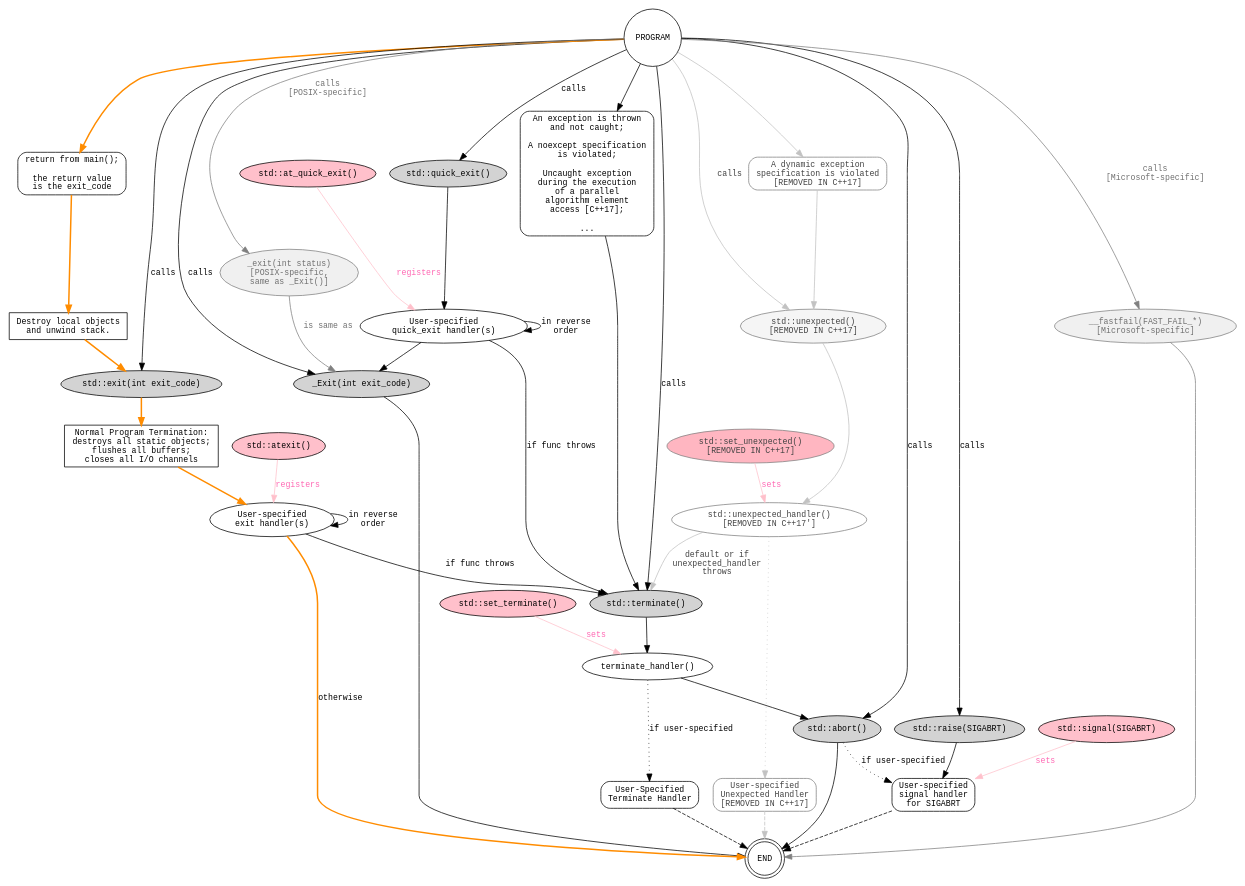
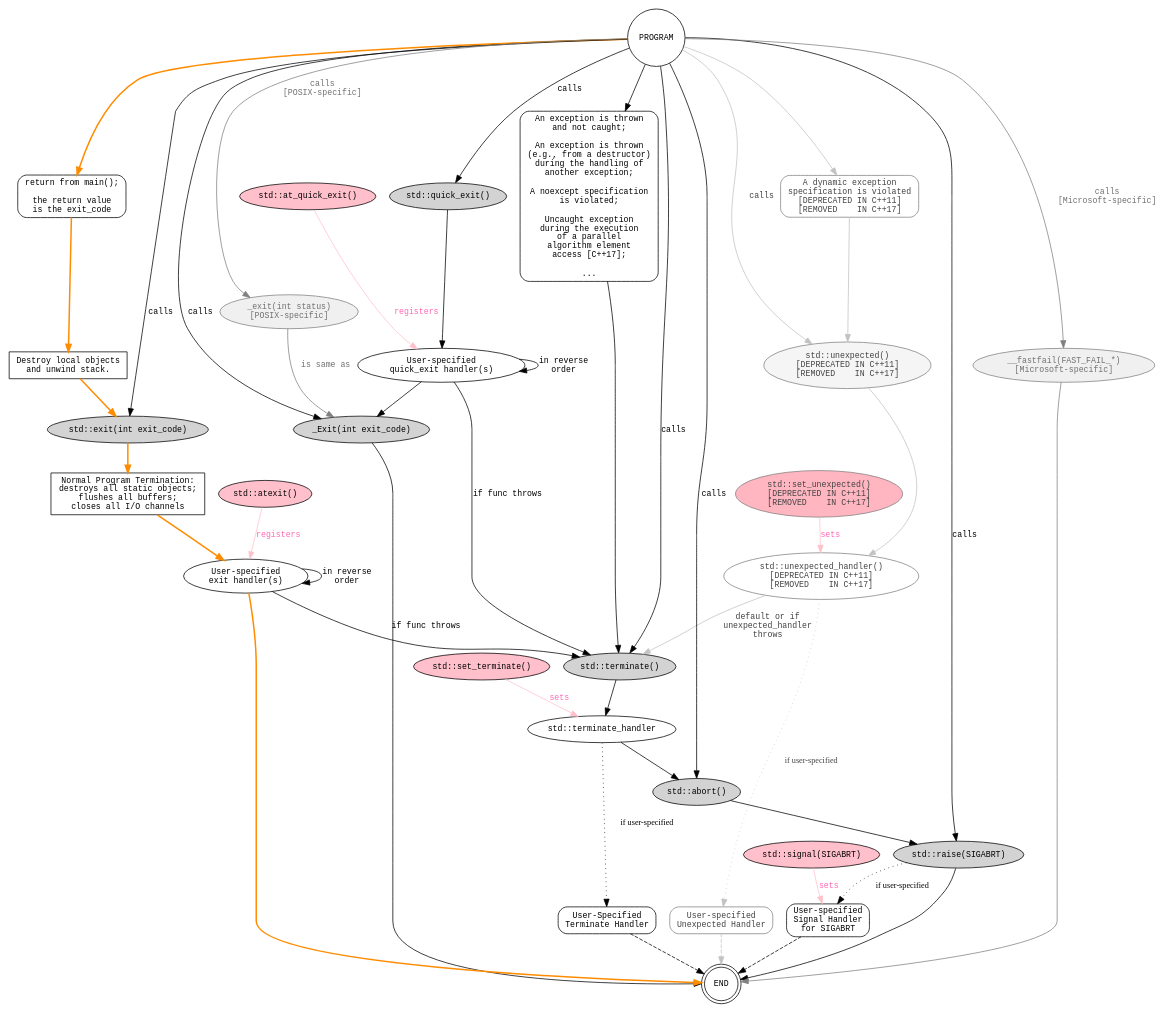
The diagram in termination_graph.gv (adishavit/Terminators), drawn with Graphviz before and after one commit. The commit also changed 2 other files, not shown here.

Commit message:
feat: Clarify that std::unexpected-related facilities are REMOVED since C++17

```diff
--- a/termination_graph.gv
+++ b/termination_graph.gv
@@ -1,135 +1,136 @@
 // http://www.graphviz.org/doc/info/attrs.html
 digraph g{
   node [fontsize=11,fontname="Monospace"];
   edge [fontsize=11,fontname="Monospace"];
   // rankdir=LR
   // ratio=1.5
   _Exit                     [label="_Exit(int exit_code)",style="filled"];
 
   atexit_func               [label="User-specified\nexit handler(s)"];
   atexit                    [label="std::atexit()", style="filled", fillcolor=pink];
 
   set_terminate             [label="std::set_terminate()",style="filled",fillcolor=pink];
   terminate                 [label="std::terminate()",style="filled"];
-  terminate_handler         [label="terminate_handler()"];
-  terminateCause            [label="An exception is thrown\nand not caught;\n\nA noexcept specification\nis violated;\n\nUncaught exception\nduring the execution\nof a parallel\nalgorithm element\naccess [C++17];\n\n...",shape=box,style="rounded"];
+  terminate_handler         [label="std::terminate_handler"];
+  terminateCause            [label="An exception is thrown\nand not caught;\n\nAn exception is thrown\n(e.g., from a destructor)\nduring the handling of\nanother exception;\n\nA noexcept specification\nis violated;\n\nUncaught exception\nduring the execution\nof a parallel\nalgorithm element\naccess [C++17];\n\n...",shape=box,style="rounded"];
   user_terminate_handler    [label="User-Specified\nTerminate Handler",shape=box,style="rounded"];
 
   mainReturn                [label="return from main();\n\nthe return value\nis the exit_code",shape=box,style="rounded"];
   Cleanup                   [label="Normal Program Termination:\ndestroys all static objects;\n flushes all buffers;\n closes all I/O channels",shape=box];
   destroyLocal              [label="Destroy local objects\nand unwind stack.", shape=box];
   exit                      [label="std::exit(int exit_code)",style="filled"];
 
   quick_exit                [label="std::quick_exit()",style="filled"];
   at_quick_exit_func        [label="User-specified\nquick_exit handler(s)"];
   at_quick_exit             [label="std::at_quick_exit()", style="filled", fillcolor=pink];
 
-  unexpected                [label="std::unexpected()\n[REMOVED IN C++17]", style="filled", fillcolor=gray96, color=gray, fontcolor=gray26];
-  unexpected_handler        [label="std::unexpected_handler()\n[REMOVED IN C++17']", fillcolor=gray96, color=gray, fontcolor=gray26];
-  unexpectedCause           [label="A dynamic exception\nspecification is violated\n[REMOVED IN C++17]",shape=box,style="rounded", fillcolor=gray96, color=gray, fontcolor=gray26];
-  user_unexpected_handler   [label="User-specified\nUnexpected Handler\n[REMOVED IN C++17]",shape=box,style="rounded", fillcolor=gray96, color=gray, fontcolor=gray26];
-  set_unexpected            [label="std::set_unexpected()\n[REMOVED IN C++17]", style="filled", fillcolor=lightpink, color=gray, fontcolor=gray26];
+  unexpected                [label="std::unexpected()\n[DEPRECATED IN C++11]\n[REMOVED    IN C++17]", style="filled", fillcolor=gray96, color=gray, fontcolor=gray26];
+  unexpected_handler        [label="std::unexpected_handler()\n[DEPRECATED IN C++11]\n[REMOVED    IN C++17]", fillcolor=gray96, color=gray, fontcolor=gray26];
+  unexpectedCause           [label="A dynamic exception\nspecification is violated\n[DEPRECATED IN C++11]\n[REMOVED    IN C++17]",shape=box,style="rounded", fillcolor=gray96, color=gray, fontcolor=gray26];
+  user_unexpected_handler   [label="User-specified\nUnexpected Handler",shape=box,style="rounded", fillcolor=gray96, color=gray, fontcolor=gray26];
+  set_unexpected            [label="std::set_unexpected()\n[DEPRECATED IN C++11]\n[REMOVED    IN C++17]", style="filled", fillcolor=lightpink, color=gray, fontcolor=gray26];
 
   abort                     [label="std::abort()",style="filled"];
 
   raise                     [label="std::raise(SIGABRT)",style="filled"];
   signal                    [label="std::signal(SIGABRT)", style="filled", fillcolor=pink];
-  user_signal_handler       [label="User-specified\nsignal handler\nfor SIGABRT",shape=box,style="rounded"];
+  user_signal_handler       [label="User-specified\nSignal Handler\nfor SIGABRT",shape=box,style="rounded"];
 
-  _exit                     [label="_exit(int status)\n[POSIX-specific,\nsame as _Exit()]",style="filled",fillcolor=gray94,color=gray,fontcolor=gray44];
+  _exit                     [label="_exit(int status)\n[POSIX-specific]",style="filled",fillcolor=gray94,color=gray,fontcolor=gray44];
   __fastfail                [label="__fastfail(FAST_FAIL_*)\n[Microsoft-specific]",style="filled",fillcolor=gray94, color=gray,fontcolor=gray44];
 
   PROGRAM                   [shape=circle];
   END                       [shape=doublecircle];
 
   /////////////////////////////////////////////////////////////////////////////
 
   PROGRAM -> __fastfail [label="calls\n[Microsoft-specific]", color=gray, fontcolor=gray44];
   PROGRAM -> _Exit [label="calls"];
   PROGRAM -> _exit [label="calls\n[POSIX-specific]", color=gray, fontcolor=gray44];
   __fastfail -> END [color=gray];
   // _exit -> END [color=gray];
   _exit -> _Exit [label="is same as",color=gray, fontcolor=gray44];
   _Exit -> END;
 
   PROGRAM -> mainReturn [color=darkorange style=bold];
   mainReturn -> destroyLocal [color=darkorange style=bold];
   destroyLocal -> exit [color=darkorange style=bold];
 
   PROGRAM -> exit [label="calls"];
   exit -> Cleanup [color=darkorange style=bold];
   Cleanup -> atexit_func[color=darkorange style=bold];
   atexit -> atexit_func [label="registers", color=pink, fontcolor=hotpink];
   atexit_func -> atexit_func [label="in reverse\norder"];
   atexit_func -> terminate [label="if func throws"];
-  atexit_func -> END [label=otherwise color=darkorange style=bold];
+  atexit_func -> END [color=darkorange style=bold];
 
   PROGRAM -> quick_exit [label="calls"];
   at_quick_exit -> at_quick_exit_func [label="registers", color=pink, fontcolor=hotpink];
   quick_exit-> at_quick_exit_func;
   at_quick_exit_func -> at_quick_exit_func [label="in reverse\norder"];
   at_quick_exit_func -> terminate [label="if func throws"];
   at_quick_exit_func -> _Exit
 
   PROGRAM -> terminateCause;
   PROGRAM -> terminate [label="calls"];
   terminate -> terminate_handler;
   terminate_handler -> abort;
-  terminate_handler -> user_terminate_handler [style=dotted, label="if user-specified"];
+  terminate_handler -> user_terminate_handler [style=dotted, label="if user-specified", fontname="monospace italic"];
   set_terminate -> terminate_handler [label="sets", color=pink, fontcolor=hotpink];
   terminateCause -> terminate;
   user_terminate_handler -> END [style=dashed];
 
   PROGRAM -> abort [label="calls"];
-  abort -> END;
+  abort -> raise;
 
   PROGRAM -> unexpectedCause [color=gray76];
   PROGRAM -> unexpected [label="calls", color=gray76, fontcolor=gray26];
   unexpectedCause -> unexpected [color=gray76];
   unexpected -> unexpected_handler [color=gray76];
   unexpected_handler -> terminate [label="default or if\nunexpected_handler\nthrows", color=gray76, fontcolor=gray26];
-  unexpected_handler -> user_unexpected_handler [style=dotted, color=gray76];
+  unexpected_handler -> user_unexpected_handler [style=dotted, color=gray76, fontcolor=gray26, label="if user-specified", fontname="monospace italic"];
   set_unexpected -> unexpected_handler [label="sets", color=pink, fontcolor=hotpink];
   user_unexpected_handler -> END [style=dashed, color=gray76];
 
   PROGRAM -> raise [label="calls"];
-  raise -> user_signal_handler;
+  raise -> END;
   signal -> user_signal_handler [label="sets", color=pink, fontcolor=hotpink];
-  abort -> user_signal_handler [style=dotted, label="if user-specified"];
+  raise -> user_signal_handler [style=dotted, label="if user-specified", fontname="monospace italic"];
   user_signal_handler -> END [style=dashed];
 
-  // invisibles
+  // Invisibles.
   // terminate -> abort [style="invis"];
+  // abort -> END [style="invis"];
 
   /////////////////////////////////////////////////////////////////////////////
 
   {rank=source; PROGRAM};
 
   {rank=same; mainReturn terminateCause unexpectedCause};
 
   {rank=same; at_quick_exit quick_exit};
 
   {rank=same; at_quick_exit_func unexpected __fastfail};
 
   {rank=same; atexit set_unexpected};
   // {rank=same; exit _Exit};
 
   // {rank=same; at_quick_exit at_quick_exit_func};
   // {rank=same; set_terminate terminate_handler};
   // {rank=same; set_unexpected unexpected_handler};
   // {rank=same; atexit atexit_func};
   // {rank=same; signal user_signal_handler};
 
   // {rank=same; quick_exit raise exit terminate unexpected abort _Exit __fastfail};
   // {rank=same; _Exit _exit __fastfail};
   // {rank=same; _Exit _exit};
   // {rank=same; __fastfail _exit};
   {rank=same; raise signal};
   // {rank=same; __fastfail _exit END};
 
   {rank=same; user_unexpected_handler user_terminate_handler user_signal_handler};
 
   // {rank=same; __fastfail END};
 
   {rank=sink; END};
 }
```
